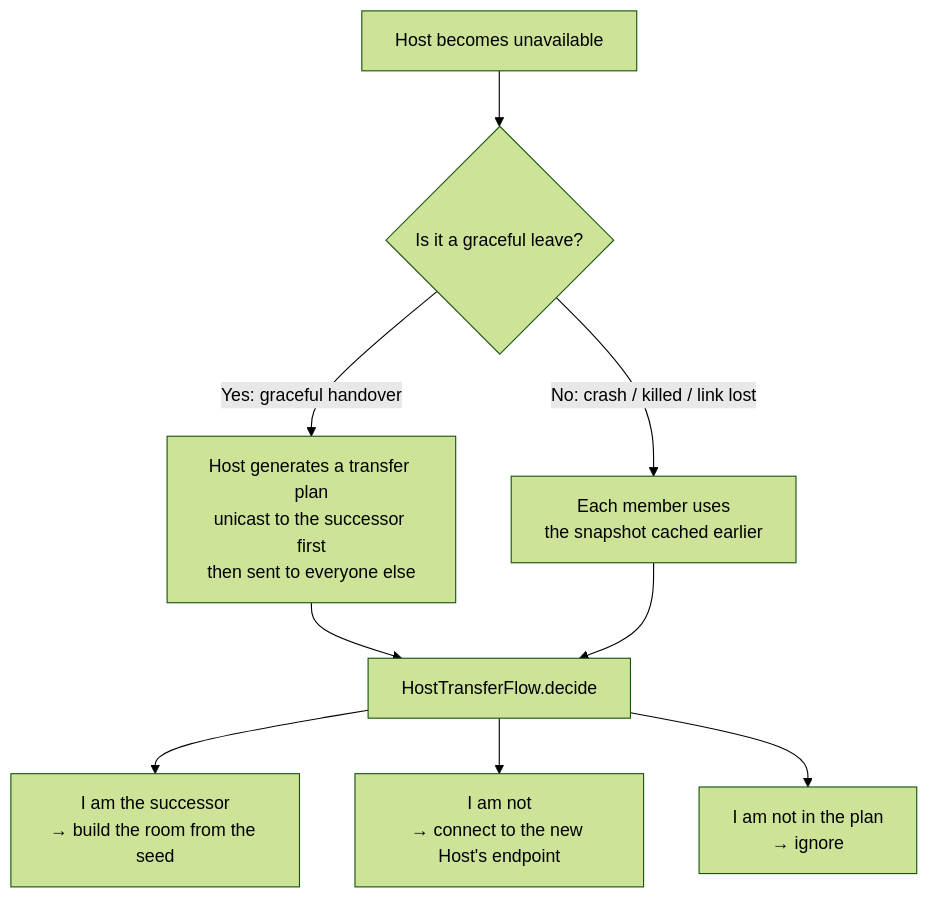
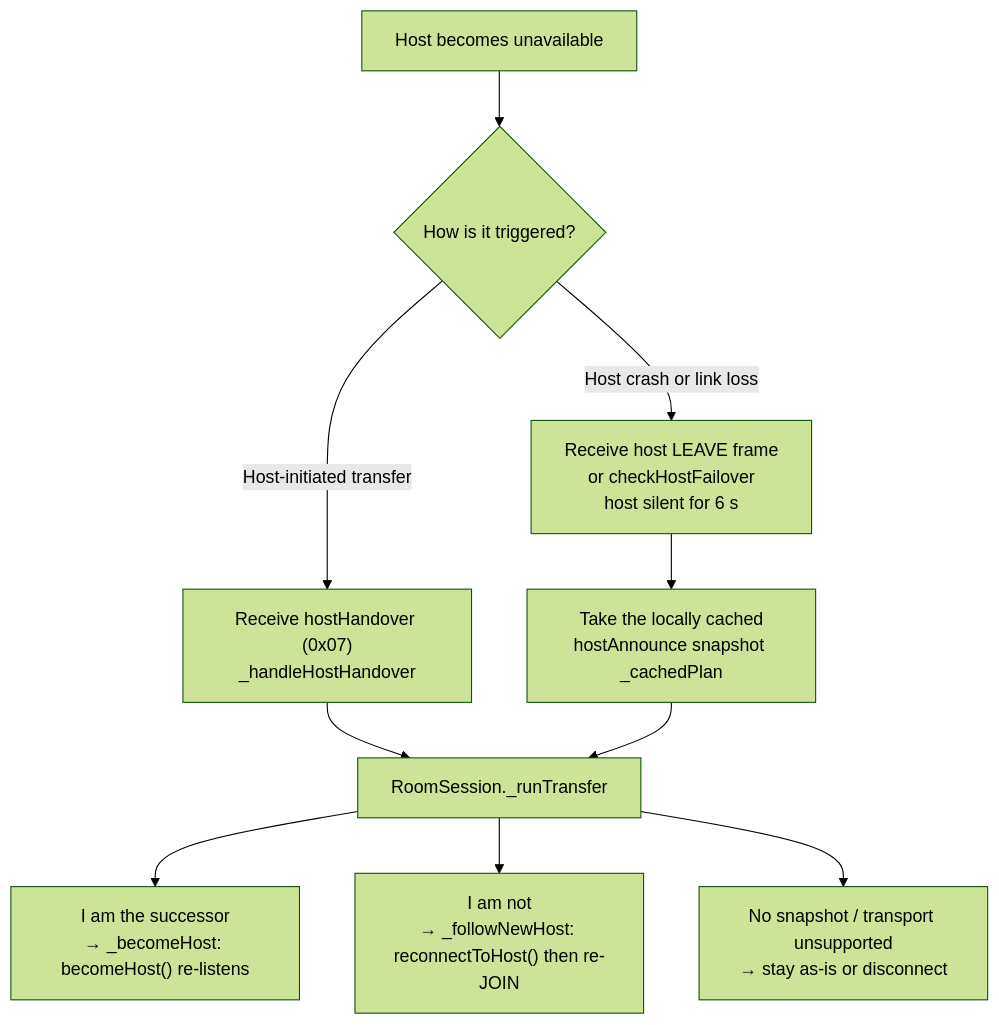
One commit to Starlordzz/sunsetripple changed the diagram in docs/wiki/en/Host-Transfer.md. Above: the diagram before and after it, drawn with Mermaid (forest theme). The commit also changed other lines of this file and 36 other files, not shown here.

````diff
--- a/docs/wiki/en/Host-Transfer.md
+++ b/docs/wiki/en/Host-Transfer.md
@@ -11,20 +21,22 @@
 ```mermaid
 flowchart TD
     START["Host becomes unavailable"]
-    GRACE{"Is it a graceful leave?"}
-    PLAN["Host generates a transfer plan<br/>unicast to the successor first<br/>then sent to everyone else"]
-    SNAP["Each member uses<br/>the snapshot cached earlier"]
-    DECIDE["HostTransferFlow.decide"]
-    BECOME["I am the successor<br/>→ build the room from the seed"]
-    JOIN["I am not<br/>→ connect to the new Host's endpoint"]
-    IGNORE["I am not in the plan<br/>→ ignore"]
+    KIND{"How is it triggered?"}
+    HANDOVER["Receive hostHandover (0x07)<br/>_handleHostHandover"]
+    LEAVE["Receive host LEAVE frame<br/>or checkHostFailover<br/>host silent for 6 s"]
+    PLAN["Take the locally cached<br/>hostAnnounce snapshot _cachedPlan"]
+    RUN["RoomSession._runTransfer"]
+    BECOME["I am the successor<br/>→ _becomeHost: becomeHost() re-listens"]
+    FOLLOW["I am not<br/>→ _followNewHost: reconnectToHost() then re-JOIN"]
+    NONE["No snapshot / transport unsupported<br/>→ stay as-is or disconnect"]
 
-    START --> GRACE
-    GRACE -->|"Yes: graceful handover"| PLAN
-    GRACE -->|"No: crash / killed / link lost"| SNAP
-    PLAN --> DECIDE
-    SNAP --> DECIDE
-    DECIDE --> BECOME
-    DECIDE --> JOIN
-    DECIDE --> IGNORE
+    START --> KIND
+    KIND -->|"Host-initiated transfer"| HANDOVER
+    KIND -->|"Host crash or link loss"| LEAVE
+    HANDOVER --> RUN
+    LEAVE --> PLAN
+    PLAN --> RUN
+    RUN --> BECOME
+    RUN --> FOLLOW
+    RUN --> NONE
 ```
````
